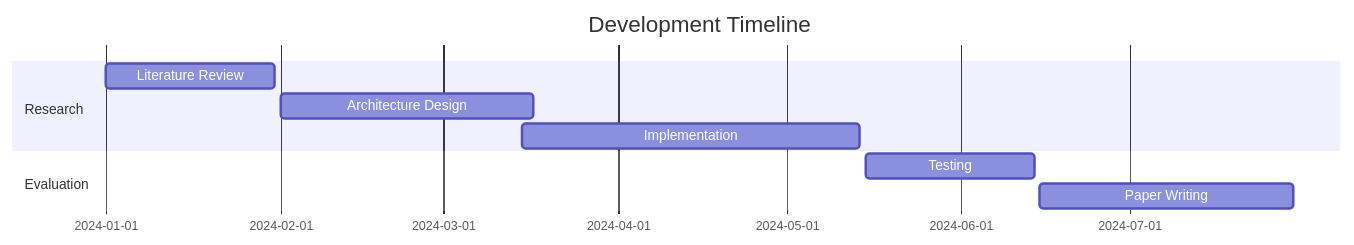
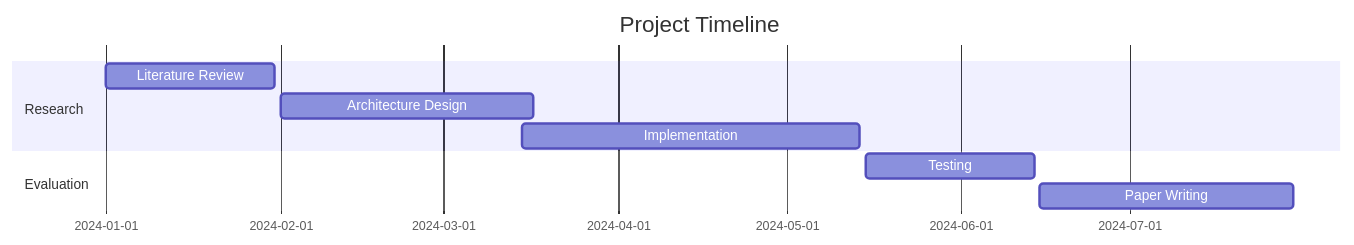
Before and after one commit to ganesha360/ganesha360: the third of 4 diagrams in README.md, drawn with Mermaid. The commit also changed other lines of this file, not shown here.

````diff
--- a/README.md
+++ b/README.md
@@ -71,12 +55,12 @@
 ```mermaid
 gantt
-    title Development Timeline
+    title Project Timeline
     dateFormat  YYYY-MM-DD
     section Research
     Literature Review     :2024-01-01, 30d
     Architecture Design   :2024-02-01, 45d
     Implementation       :2024-03-15, 60d
     section Evaluation
     Testing              :2024-05-15, 30d
     Paper Writing        :2024-06-15, 45d
 ```
````
